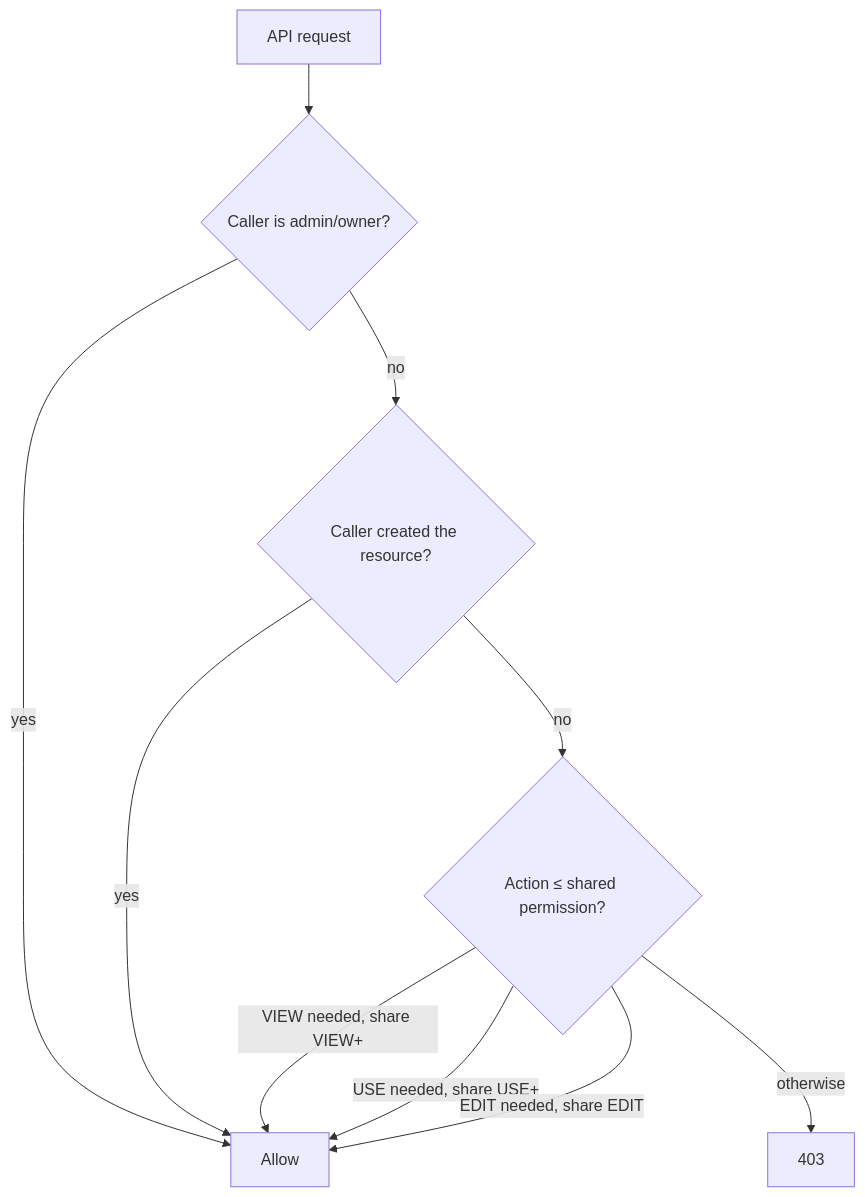
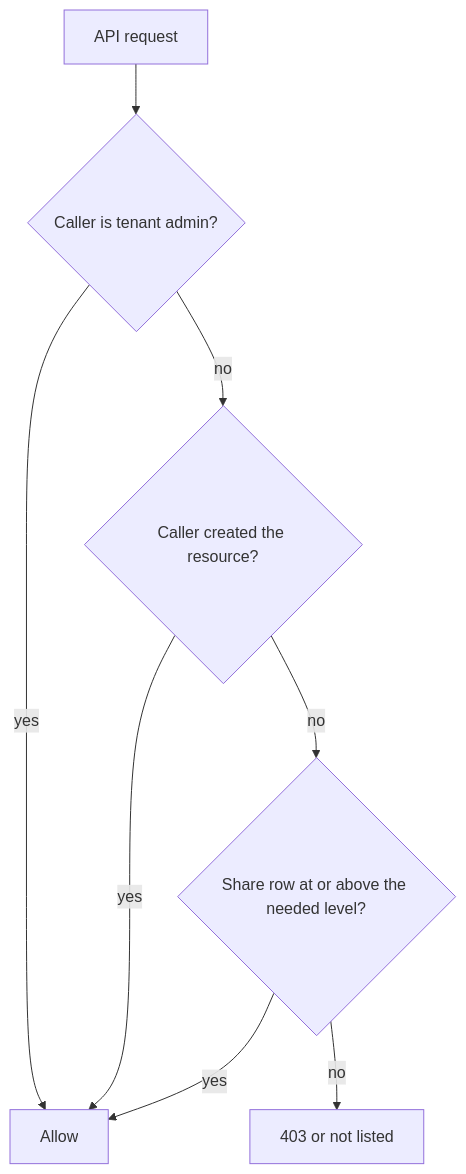
The diagram in docs/04-data-model/04-resource-shares.md (sarkar4777/abenix), drawn with Mermaid before and after one commit. The commit also changed other lines of this file and 288 other files, not shown here.

````diff
--- a/docs/04-data-model/04-resource-shares.md
+++ b/docs/04-data-model/04-resource-shares.md
@@ -52,12 +36,10 @@
 ```mermaid
 flowchart TD
-  R[API request] --> A{Caller is admin/owner?}
+  R[API request] --> A{Caller is tenant admin?}
   A -->|yes| Allow
   A -->|no| B{Caller created the resource?}
   B -->|yes| Allow
-  B -->|no| C{Action ≤ shared permission?}
-  C -->|VIEW needed, share VIEW+| Allow
-  C -->|USE needed, share USE+| Allow
-  C -->|EDIT needed, share EDIT| Allow
-  C -->|otherwise| Deny[403]
+  B -->|no| C{Share row at or above the needed level?}
+  C -->|yes| Allow
+  C -->|no| Deny[403 or not listed]
 ```
````
